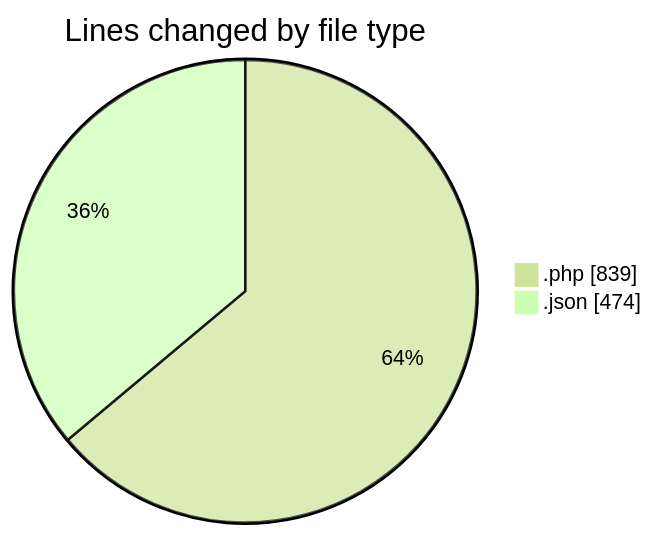
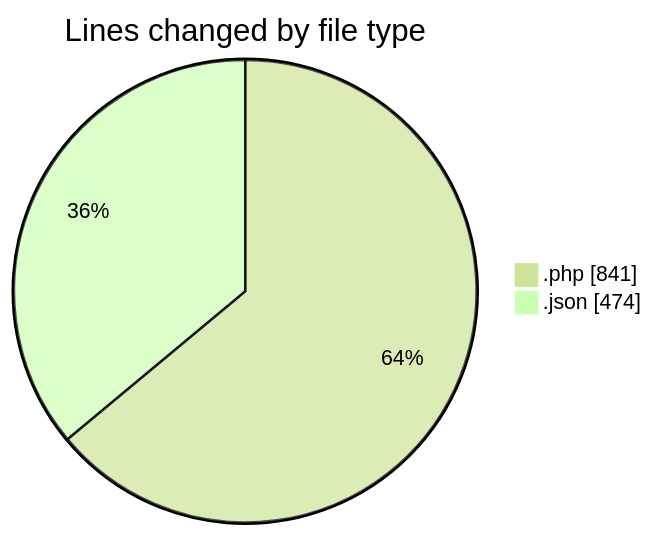
The first of 2 diagrams in 2025-05-16/booking/README.md (idhammustaqopulfikri/code-tracking), drawn with Mermaid (forest theme) before and after one commit. The commit also changed other lines of this file and 1 other file, not shown here.

````diff
--- a/2025-05-16/booking/README.md
+++ b/2025-05-16/booking/README.md
@@ -39,6 +39,6 @@
 ```mermaid
 pie showData
 title Lines changed by file type
-".php" : 839
+".php" : 841
 ".json" : 474
 ```
````
